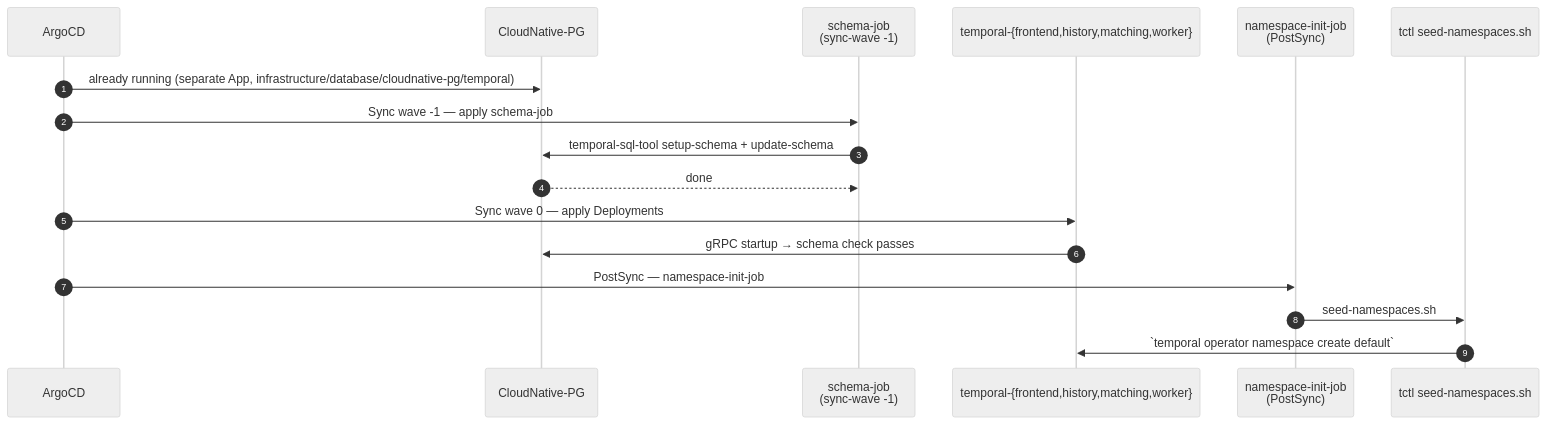
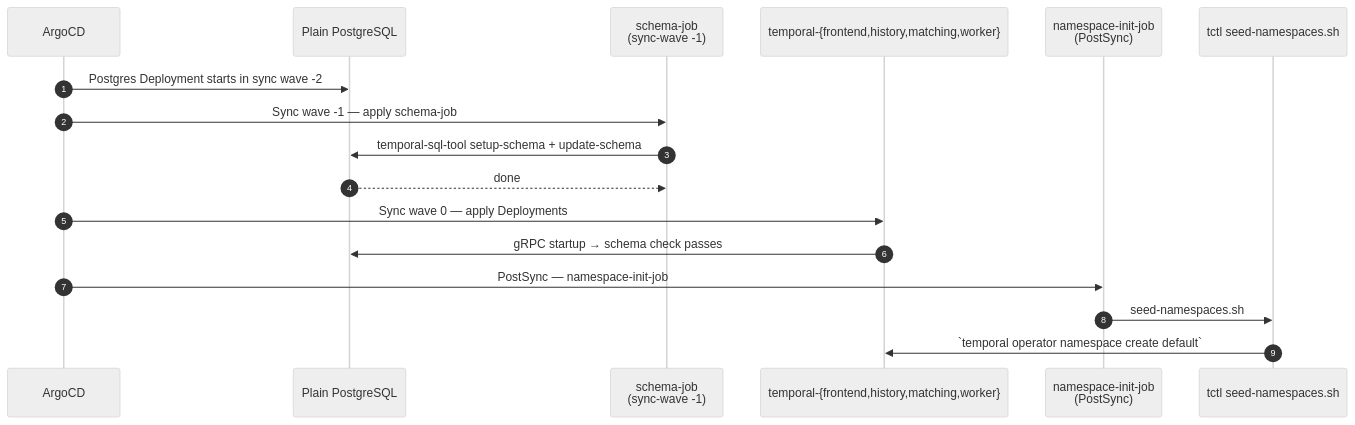
Before and after one commit to mitchross/talos-argocd-proxmox: the second of 2 diagrams in my-apps/development/temporal/README.md, drawn with Mermaid (neutral theme). The commit also changed other lines of this file and 2 other files, not shown here.

Commit message:
fix(temporal): alert on timer DLQ tasks

````diff
--- a/my-apps/development/temporal/README.md
+++ b/my-apps/development/temporal/README.md
@@ -80,20 +82,20 @@
 ```mermaid
 sequenceDiagram
     autonumber
     participant Argo as ArgoCD
-    participant CNPG as CloudNative-PG
+    participant PG as Plain PostgreSQL
     participant Job as schema-job<br/>(sync-wave -1)
     participant Server as temporal-{frontend,history,matching,worker}
     participant Seed as namespace-init-job<br/>(PostSync)
     participant CLI as tctl seed-namespaces.sh
 
-    Argo->>CNPG: already running (separate App, infrastructure/database/cloudnative-pg/temporal)
+    Argo->>PG: Postgres Deployment starts in sync wave -2
     Argo->>Job: Sync wave -1 — apply schema-job
-    Job->>CNPG: temporal-sql-tool setup-schema + update-schema
-    CNPG-->>Job: done
+    Job->>PG: temporal-sql-tool setup-schema + update-schema
+    PG-->>Job: done
     Argo->>Server: Sync wave 0 — apply Deployments
-    Server->>CNPG: gRPC startup → schema check passes
+    Server->>PG: gRPC startup → schema check passes
     Argo->>Seed: PostSync — namespace-init-job
     Seed->>CLI: seed-namespaces.sh
     CLI->>Server: `temporal operator namespace create default`
 ```
````
